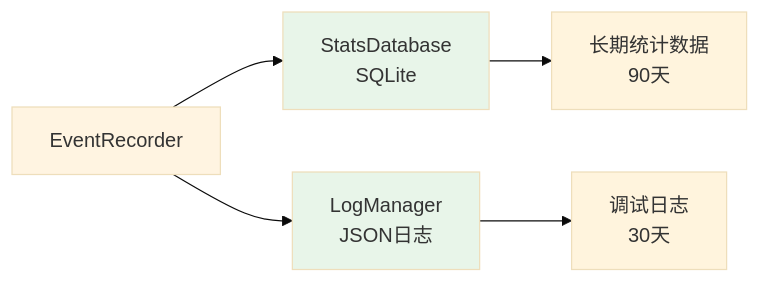
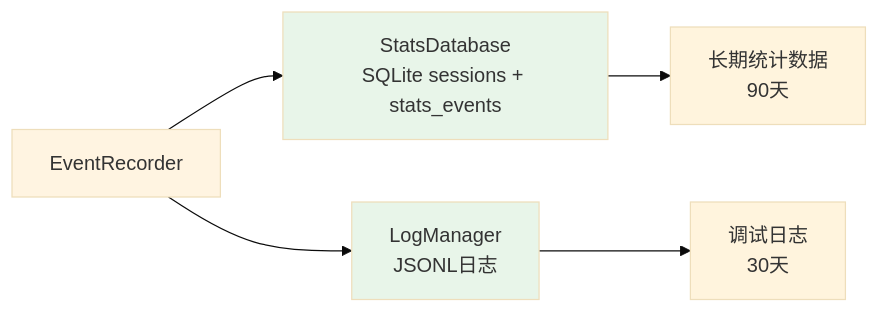
The second of 4 diagrams in docs/architecture.md (javenfang/20-20-20-Mac-App), drawn with Mermaid (base theme) before and after one commit. The commit also changed other lines of this file and 22 other files, not shown here.

````diff
--- a/docs/architecture.md
+++ b/docs/architecture.md
@@ -187,12 +190,12 @@
 ```mermaid
 graph LR
-    A[EventRecorder] --> B[StatsDatabase<br/>SQLite]
-    A --> C[LogManager<br/>JSON日志]
+    A[EventRecorder] --> B[StatsDatabase<br/>SQLite sessions + stats_events]
+    A --> C[LogManager<br/>JSONL日志]
 
     B --> D[长期统计数据<br/>90天]
     C --> E[调试日志<br/>30天]
 
     style A fill:#fff4e1
     style B fill:#e8f5e9
     style C fill:#e8f5e9
 ```
````
